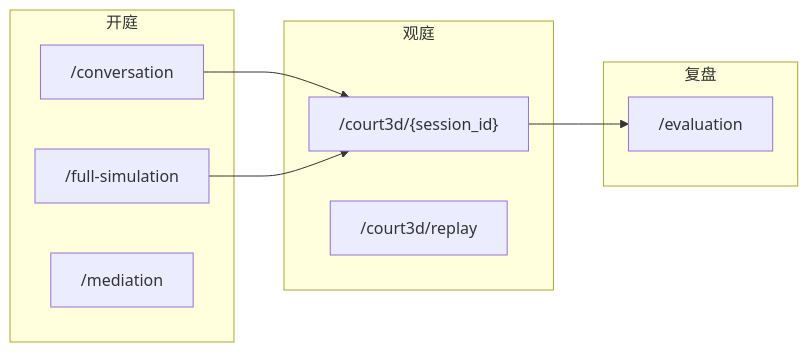
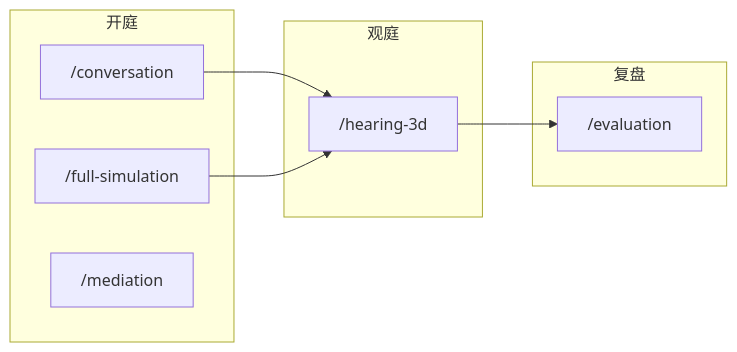
Before and after one commit to alanzhang66666/LexGentium: the first of 2 diagrams in README.md, drawn with Mermaid. The commit also changed other lines of this file and 197 other files, not shown here.

````diff
--- a/README.md
+++ b/README.md
@@ -70,17 +70,16 @@
 ```mermaid
 flowchart LR
   subgraph open["开庭"]
     conv["/conversation"]
     full["/full-simulation"]
     med["/mediation"]
   end
   subgraph watch["观庭"]
-    live["/court3d/{session_id}"]
-    replay["/court3d/replay"]
+    live["/hearing-3d"]
   end
   subgraph review["复盘"]
     eval["/evaluation"]
   end
   conv --> live --> eval
   full --> live
 ```
````
